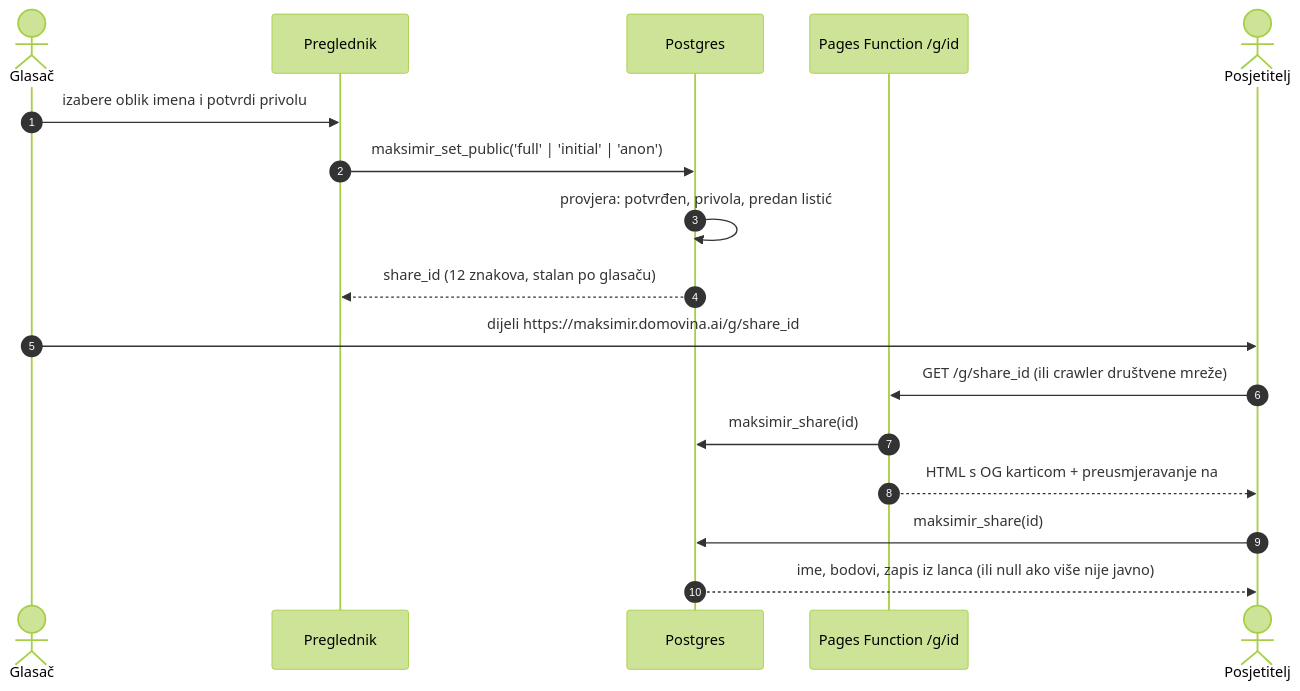
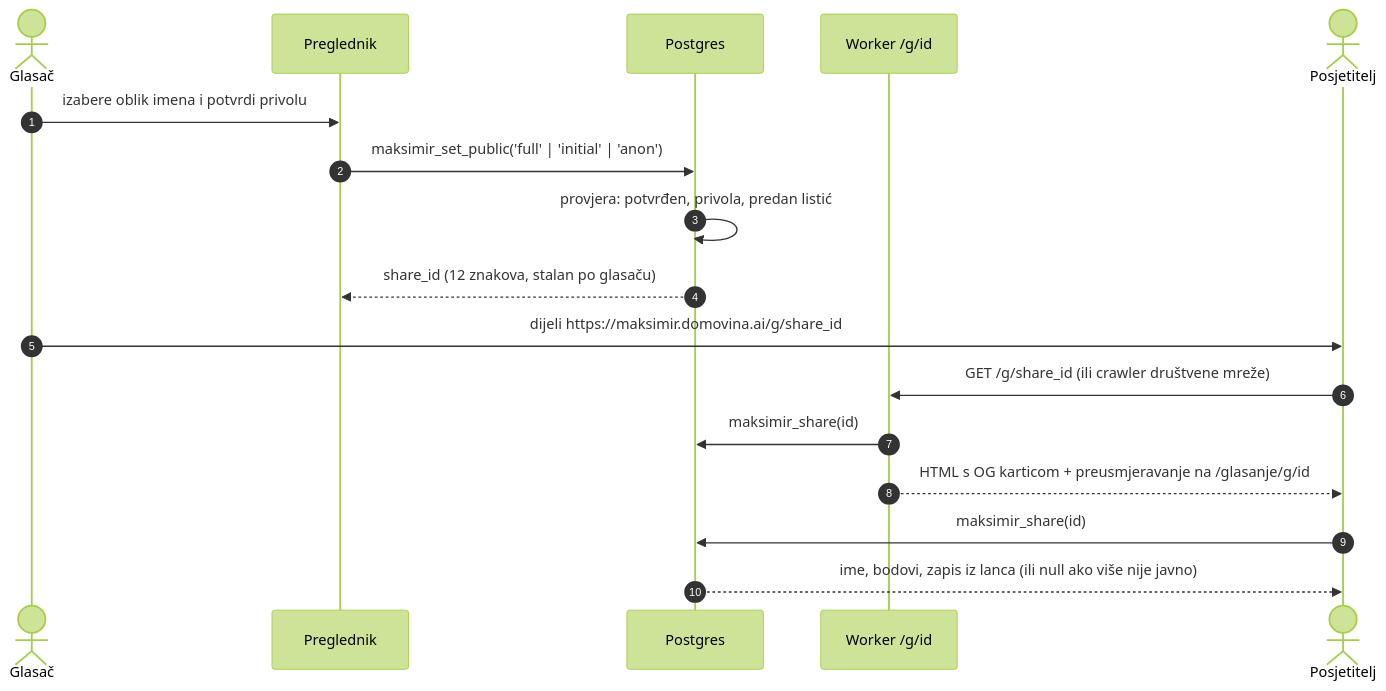
One commit to stepanic/stadion-maksimir-natjecaj-2026 changed the ninth of 10 diagrams in docs/glasanje-kako-radi.md. Above: the diagram before and after it, drawn with Mermaid (forest theme). The commit also changed other lines of this file and 17 other files, not shown here.

````diff
--- a/docs/glasanje-kako-radi.md
+++ b/docs/glasanje-kako-radi.md
@@ -417,20 +417,20 @@
 ```mermaid
 sequenceDiagram
   autonumber
   actor U as Glasač
   participant W as Preglednik
   participant DB as Postgres
-  participant PF as Pages Function /g/id
+  participant PF as Worker /g/id
   actor V as Posjetitelj
 
   U->>W: izabere oblik imena i potvrdi privolu
   W->>DB: maksimir_set_public('full' | 'initial' | 'anon')
   DB->>DB: provjera: potvrđen, privola, predan listić
   DB-->>W: share_id (12 znakova, stalan po glasaču)
   U->>V: dijeli https://maksimir.domovina.ai/g/share_id
   V->>PF: GET /g/share_id (ili crawler društvene mreže)
   PF->>DB: maksimir_share(id)
-  PF-->>V: HTML s OG karticom + preusmjeravanje na #/glasanje/g/id
+  PF-->>V: HTML s OG karticom + preusmjeravanje na /glasanje/g/id
   V->>DB: maksimir_share(id)
   DB-->>V: ime, bodovi, zapis iz lanca (ili null ako više nije javno)
 ```
````
